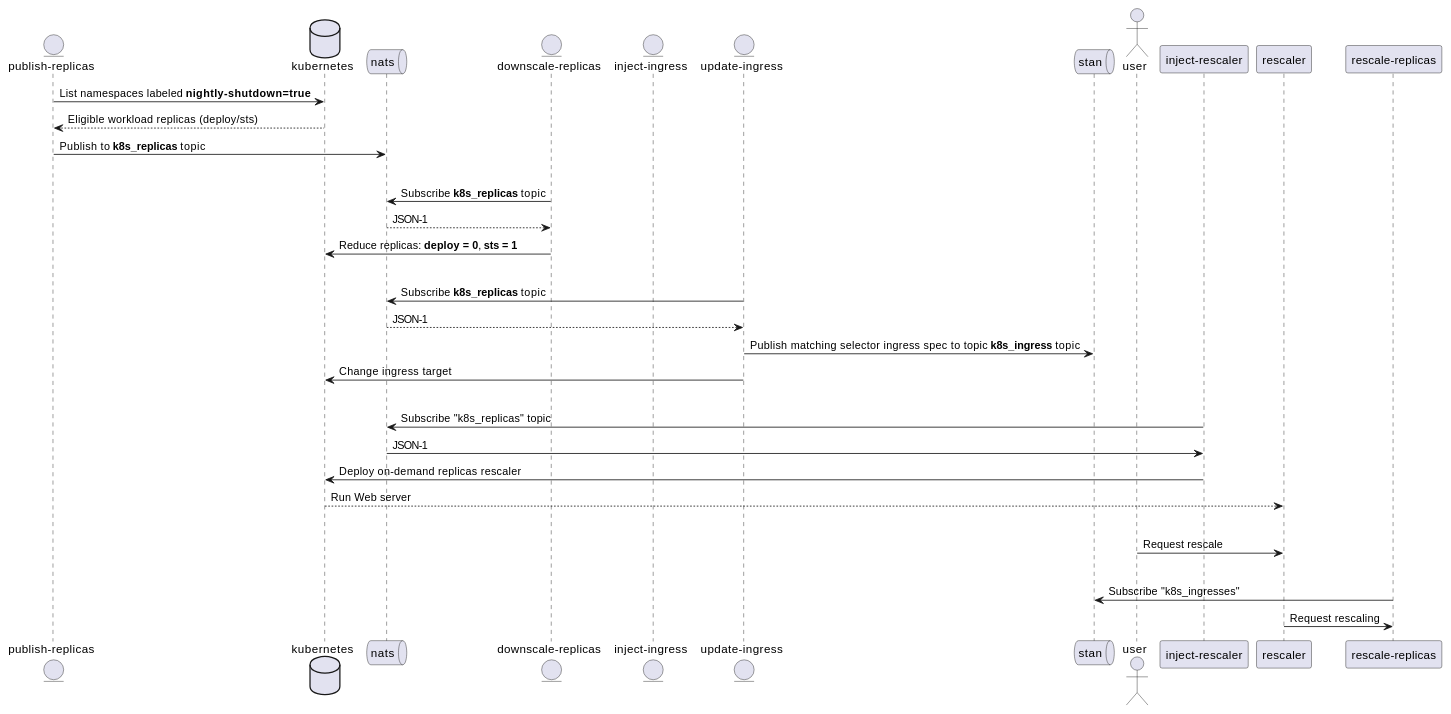
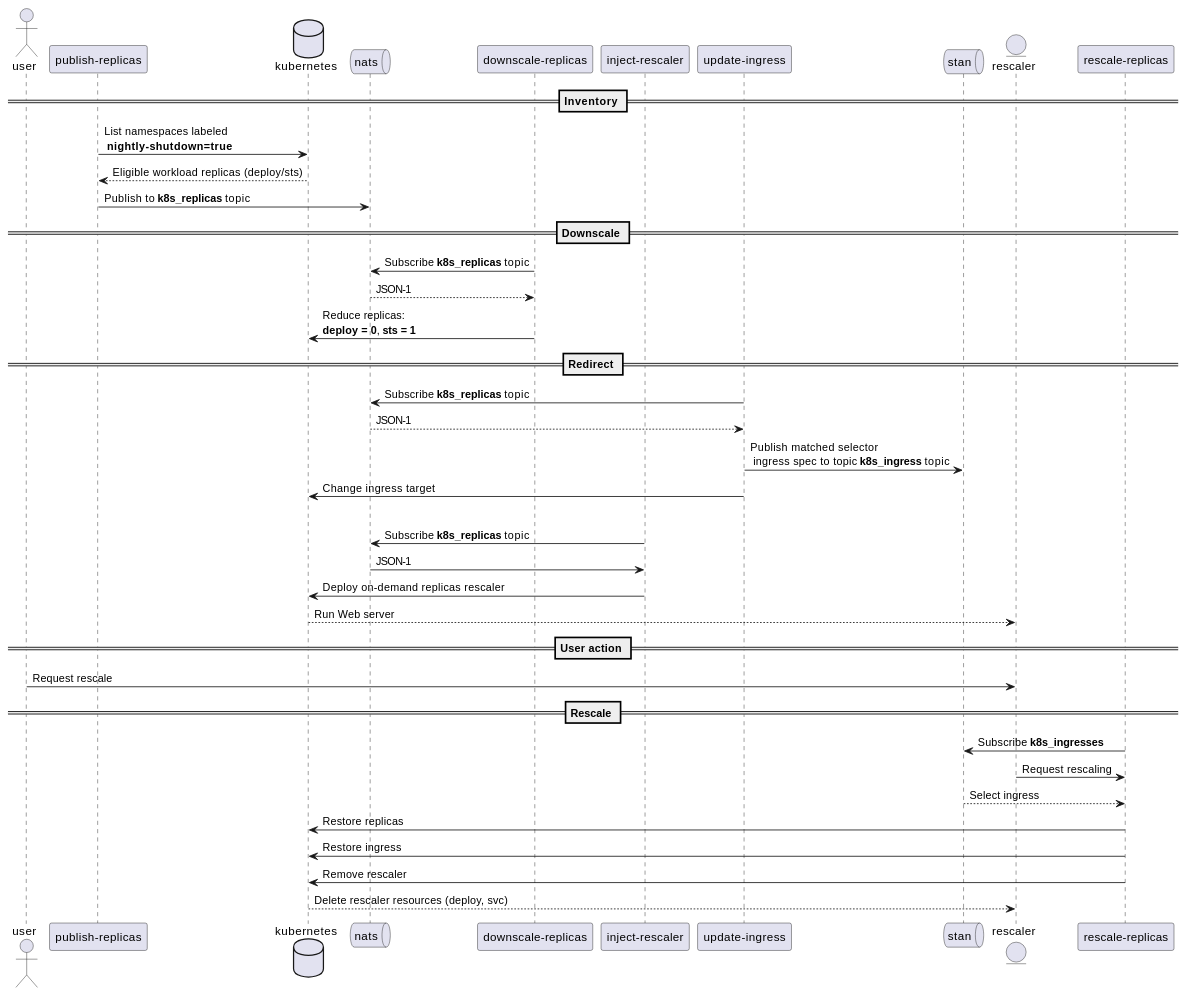
Before and after one commit to fjudith/nozzle: the diagram in openfaas/README.md, drawn with PlantUML.

Commit message:
Updated README
- Updated UML

````diff
--- a/openfaas/README.md
+++ b/openfaas/README.md
@@ -8,39 +8,47 @@
 ```plantuml
 @startuml
 
-entity "publish-replicas"
+actor "user"
+participant "publish-replicas"
 database "kubernetes"
 queue "nats"
-entity "downscale-replicas"
-entity "inject-ingress"
-entity "update-ingress"
+participant "downscale-replicas"
+participant "inject-rescaler"
+participant "update-ingress"
 queue "stan"
-actor "user"
+entity "rescaler"
 
-
-
-"publish-replicas" -> "kubernetes" : List namespaces labeled **nightly-shutdown=true**
+== Inventory ==
+"publish-replicas" -> "kubernetes" : List namespaces labeled \n **nightly-shutdown=true**
 "kubernetes" --> "publish-replicas" : Eligible workload replicas (deploy/sts)
 "publish-replicas" -> "nats": Publish to **k8s_replicas** topic
-|||
+
+== Downscale ==
 "downscale-replicas" -> "nats": Subscribe **k8s_replicas** topic
 "nats" --> "downscale-replicas": JSON-1
-"downscale-replicas" -> "kubernetes": Reduce replicas: **deploy = 0**, **sts = 1**
-|||
+"downscale-replicas" -> "kubernetes": Reduce replicas: \n**deploy = 0**, **sts = 1**
+
+== Redirect ==
 "update-ingress" -> "nats": Subscribe **k8s_replicas** topic
 "nats" --> "update-ingress": JSON-1
-"update-ingress" -> "stan": Publish matching selector ingress spec to topic **k8s_ingress** topic
+"update-ingress" -> "stan": Publish matched selector \n ingress spec to topic **k8s_ingress** topic
 "update-ingress" -> "kubernetes": Change ingress target
 |||
-"inject-rescaler" -> "nats": Subscribe "k8s_replicas" topic
+"inject-rescaler" -> "nats": Subscribe **k8s_replicas** topic
 "nats" -> "inject-rescaler": JSON-1
 "inject-rescaler" -> "kubernetes": Deploy on-demand replicas rescaler 
 "kubernetes" --> "rescaler": Run Web server
-|||
+
+== User action ==
 "user" -> "rescaler": Request rescale
-|||
-"rescale-replicas" -> "stan": Subscribe "k8s_ingresses"
+
+== Rescale ==
+"rescale-replicas" -> "stan": Subscribe **k8s_ingresses**
 "rescaler" -> "rescale-replicas": Request rescaling
-
+"stan" --> "rescale-replicas": Select ingress
+"rescale-replicas" -> "kubernetes": Restore replicas
+"rescale-replicas" -> "kubernetes": Restore ingress
+"rescale-replicas" -> "kubernetes": Remove rescaler
+"kubernetes" --> "rescaler": Delete rescaler resources (deploy, svc)
 @enduml
 ```
````
